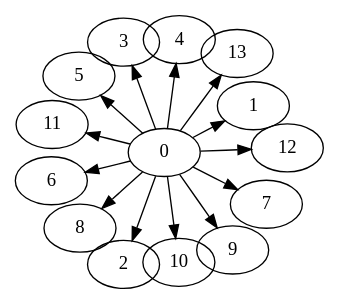
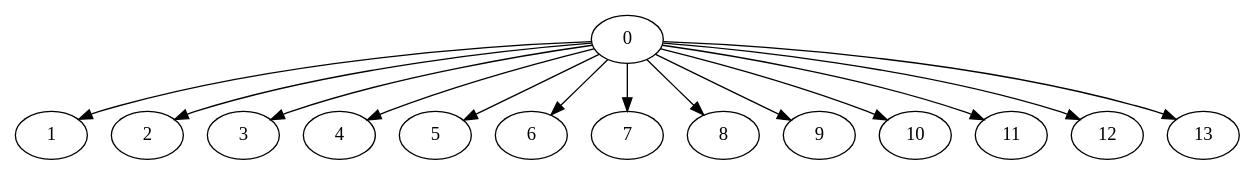
The diagram in g4.gv (GabeJerome/Graphs), drawn with Graphviz before and after one commit. The commit also changed 5 other files, not shown here.

```diff
--- a/g4.gv
+++ b/g4.gv
@@ -1,4 +1,15 @@
 digraph G {
-	layout = neato
-	0 -> {1,2,3,4,5,6,7,8,9,10,11,12,13}
+	0 -> 1
+	0 -> 2
+	0 -> 3
+	0 -> 4
+	0 -> 5
+	0 -> 6
+	0 -> 7
+	0 -> 8
+	0 -> 9
+	0 -> 10
+	0 -> 11
+	0 -> 12
+	0 -> 13
 }
```
